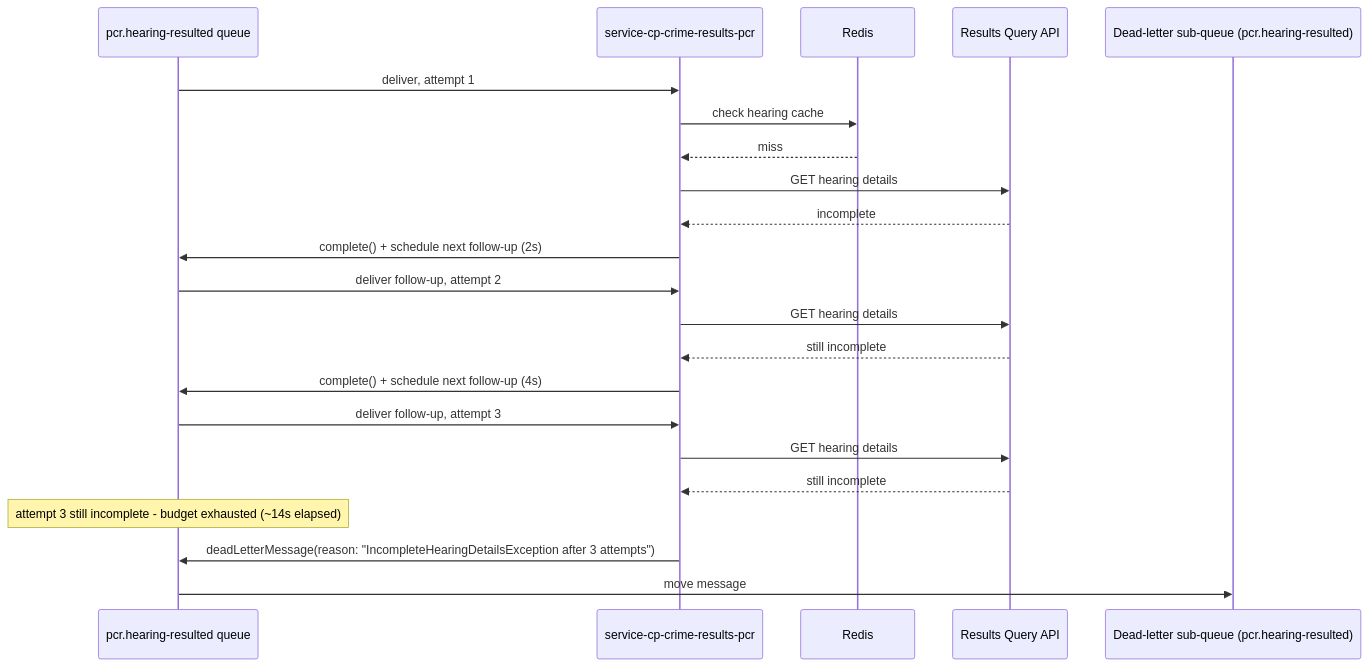
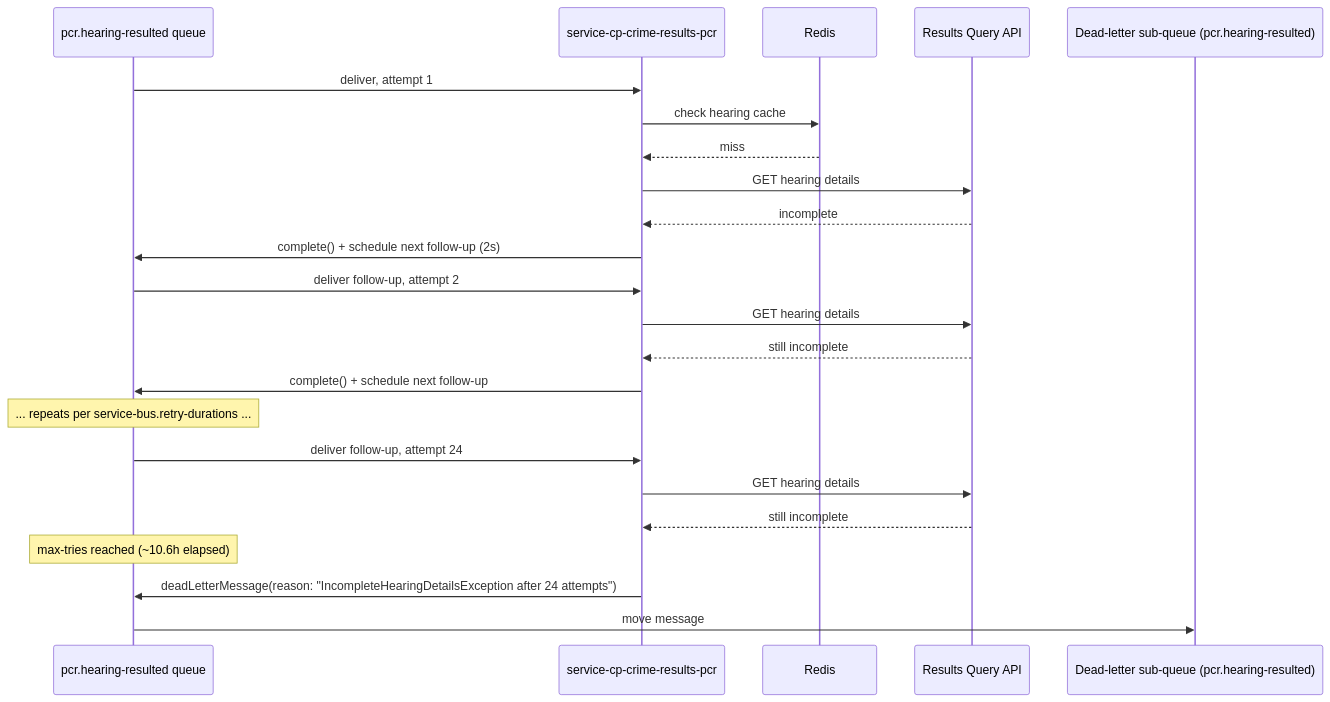
Before and after one commit to hmcts/service-cp-crime-results-pcr: the fourth of 5 diagrams in docs/designs/2026-08-17-pcr-eventgrid-servicebus-ingestion-design.md, drawn with Mermaid. The commit also changed other lines of this file and 12 other files, not shown here.

````diff
--- a/docs/designs/2026-08-17-pcr-eventgrid-servicebus-ingestion-design.md
+++ b/docs/designs/2026-08-17-pcr-eventgrid-servicebus-ingestion-design.md
@@ -168,25 +169,26 @@
 ```mermaid
 sequenceDiagram
     participant Q as pcr.hearing-resulted queue
     participant C as service-cp-crime-results-pcr
     participant R as Redis
     participant RQ as Results Query API
     participant DLQ as Dead-letter sub-queue (pcr.hearing-resulted)
 
     Q->>C: deliver, attempt 1
     C->>R: check hearing cache
     R-->>C: miss
     C->>RQ: GET hearing details
     RQ-->>C: incomplete
     C->>Q: complete() + schedule next follow-up (2s)
     Q->>C: deliver follow-up, attempt 2
     C->>RQ: GET hearing details
     RQ-->>C: still incomplete
-    C->>Q: complete() + schedule next follow-up (4s)
-    Q->>C: deliver follow-up, attempt 3
+    C->>Q: complete() + schedule next follow-up
+    Note over Q: ... repeats per service-bus.retry-durations ...
+    Q->>C: deliver follow-up, attempt 24
     C->>RQ: GET hearing details
     RQ-->>C: still incomplete
-    Note over Q: attempt 3 still incomplete - budget exhausted (~14s elapsed)
-    C->>Q: deadLetterMessage(reason: "IncompleteHearingDetailsException after 3 attempts")
+    Note over Q: max-tries reached (~10.6h elapsed)
+    C->>Q: deadLetterMessage(reason: "IncompleteHearingDetailsException after 24 attempts")
     Q->>DLQ: move message
 ```
````
